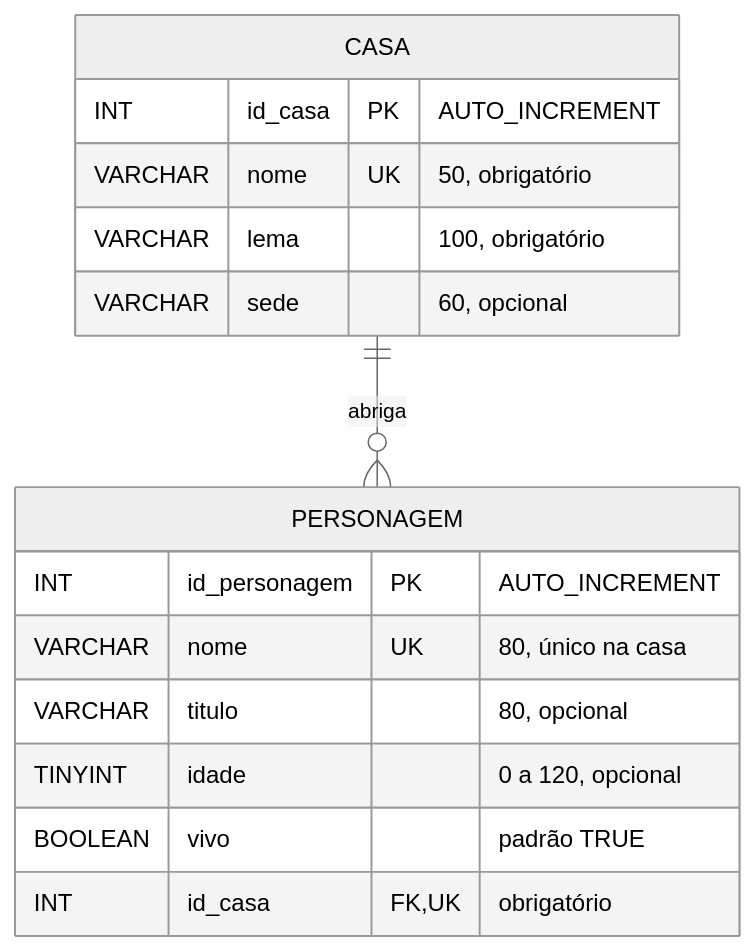
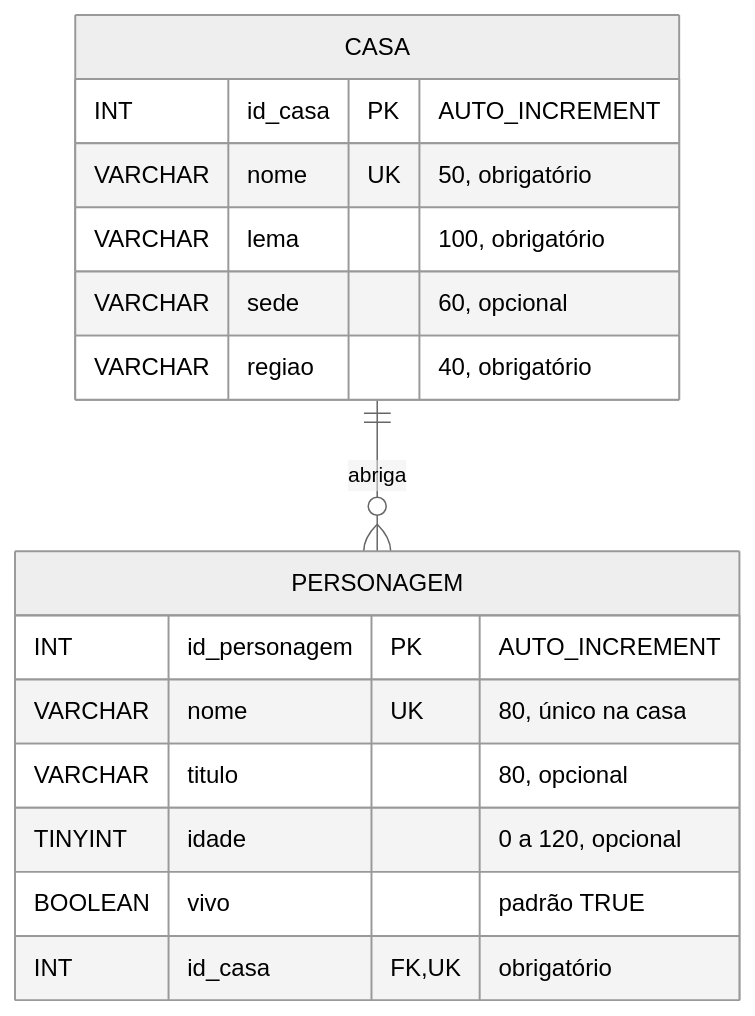
One commit to cidandrade/script-sql-westeros changed the diagram in der.mmd. Above: the diagram before and after it, drawn with Mermaid (neutral theme). The commit also changed 3 other files, not shown here.

```diff
--- a/der.mmd
+++ b/der.mmd
@@ -1,16 +1,17 @@
 erDiagram
     CASA ||--o{ PERSONAGEM : "abriga"
     CASA {
         INT id_casa PK "AUTO_INCREMENT"
         VARCHAR nome UK "50, obrigatório"
         VARCHAR lema "100, obrigatório"
         VARCHAR sede "60, opcional"
+        VARCHAR regiao "40, obrigatório"
     }
     PERSONAGEM {
         INT id_personagem PK "AUTO_INCREMENT"
         VARCHAR nome UK "80, único na casa"
         VARCHAR titulo "80, opcional"
         TINYINT idade "0 a 120, opcional"
         BOOLEAN vivo "padrão TRUE"
         INT id_casa FK,UK "obrigatório"
     }
```
